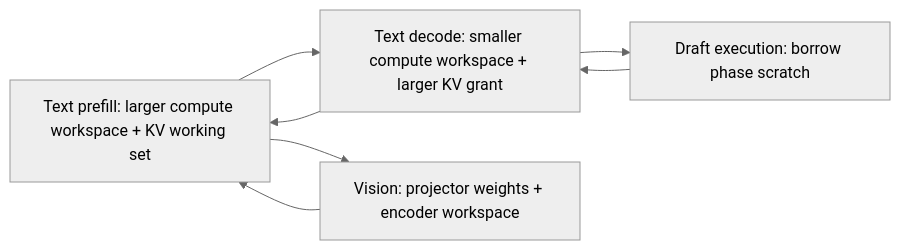
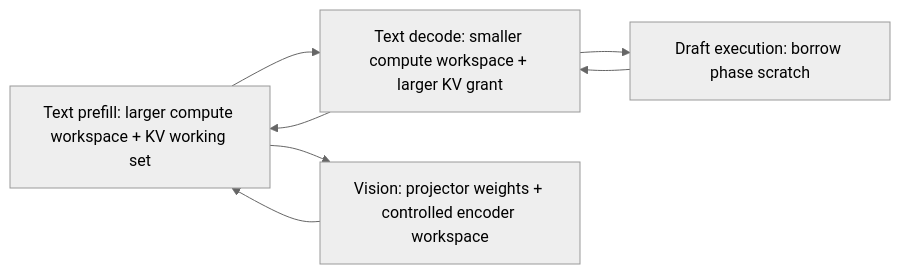
The third of 9 diagrams in README.md (RaymondHuang210129/llama.cpp-adaptive-kv-streaming), drawn with Mermaid (neutral theme) before and after one commit. The commit also changed other lines of this file and 5 other files, not shown here.

Commit message:
docs : document arena-owned vision workspace and measured image capacity

````diff
--- a/README.md
+++ b/README.md
@@ -464,9 +490,9 @@
 ```mermaid
 flowchart LR
     P["Text prefill: larger compute workspace + KV working set"] --> D["Text decode: smaller compute workspace + larger KV grant"]
     D --> P
     D --> M["Draft execution: borrow phase scratch"]
     M --> D
-    P --> V["Vision: projector weights + encoder workspace"]
+    P --> V["Vision: projector weights + controlled encoder workspace"]
     V --> P
 ```
````
